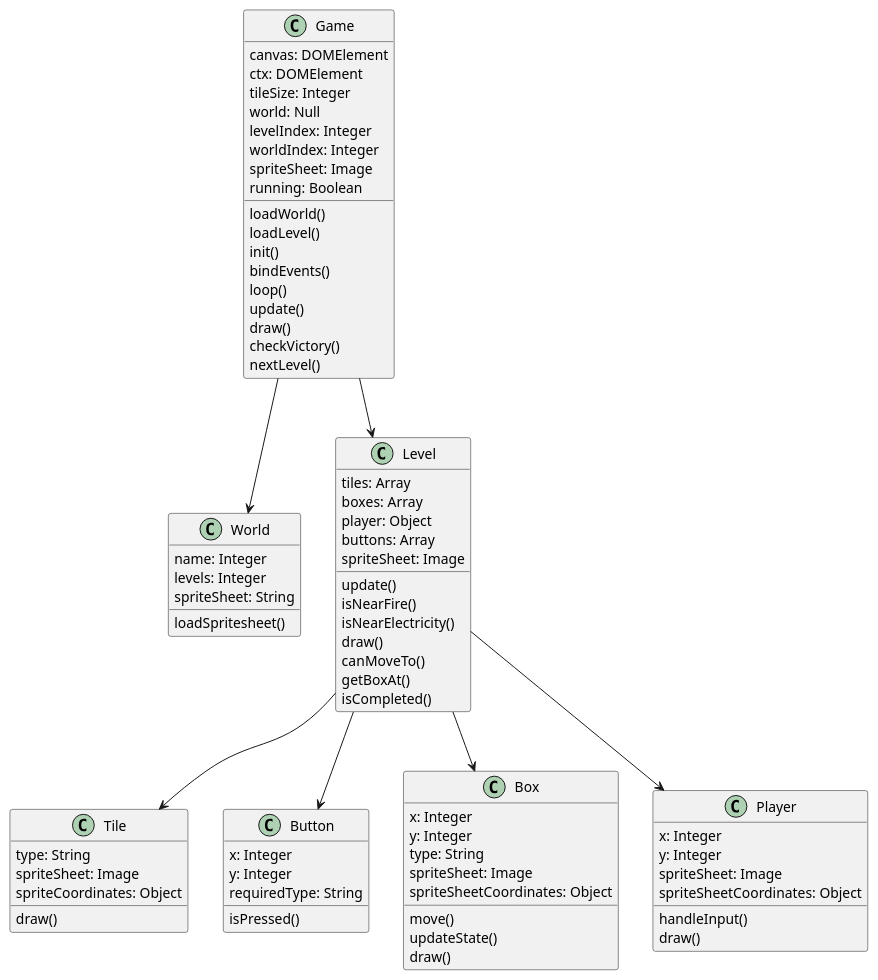
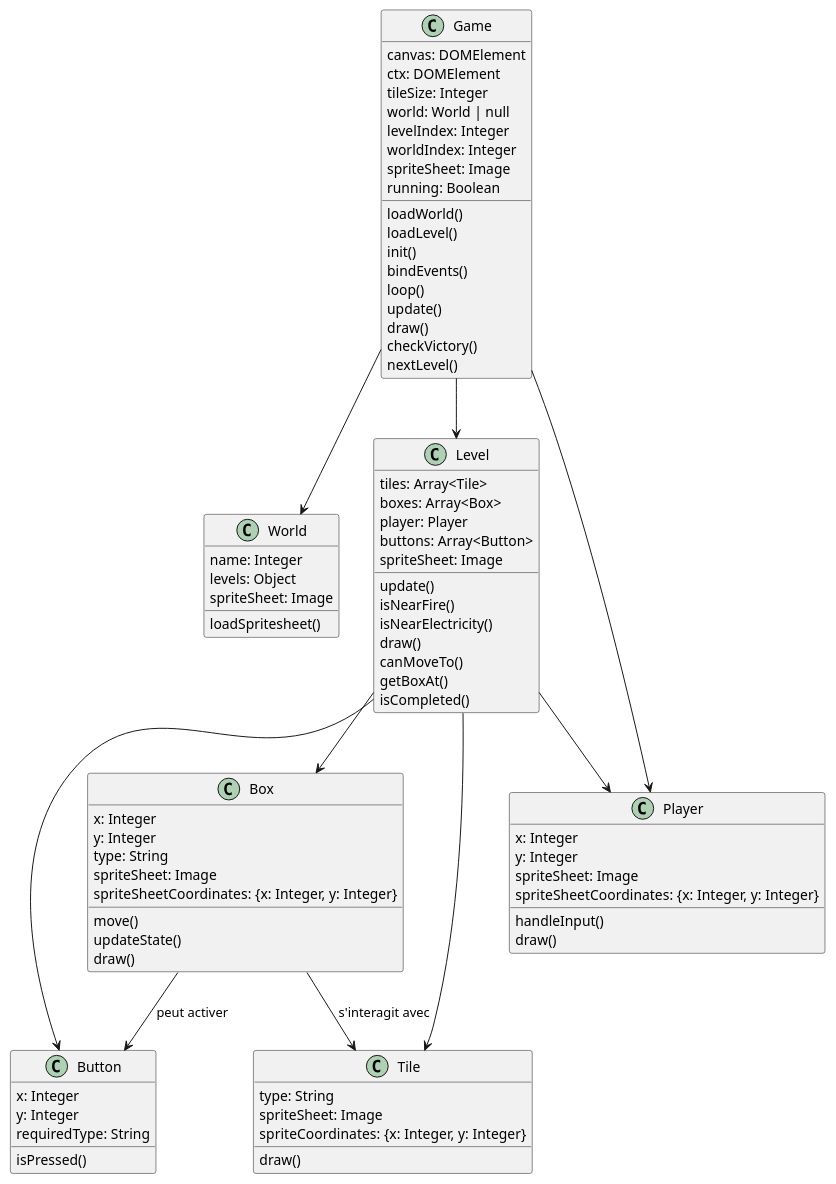
Before and after one commit to KevinMartinAlbert/sokoban: the diagram in classes.puml, drawn with PlantUML. The commit also changed 3 other files, not shown here.

Commit message:
added: class diagram to the README

```diff
--- a/classes.puml
+++ b/classes.puml
@@ -1,83 +1,90 @@
 @startuml sokoban
 
 class Game {
     canvas: DOMElement
     ctx: DOMElement
     tileSize: Integer
-    world: Null
+    world: World | null
     levelIndex: Integer
     worldIndex: Integer
     spriteSheet: Image
     running: Boolean
     loadWorld()
     loadLevel()
     init()
     bindEvents()
     loop()
     update()
     draw()
     checkVictory()
     nextLevel()
 }
+
 class World {
     name: Integer
-    levels: Integer
-    spriteSheet: String
+    levels: Object
+    spriteSheet: Image
     loadSpritesheet()
 }
+
 class Level {
-    tiles: Array
-    boxes: Array
-    player: Object
-    buttons: Array
+    tiles: Array<Tile>
+    boxes: Array<Box>
+    player: Player
+    buttons: Array<Button>
     spriteSheet: Image
     update()
     isNearFire()
     isNearElectricity()
     draw()
     canMoveTo()
     getBoxAt()
     isCompleted()
 }
 
 class Tile {
     type: String
     spriteSheet: Image
-    spriteCoordinates: Object
+    spriteCoordinates: {x: Integer, y: Integer}
     draw()
 }
+
 class Button {
     x: Integer
     y: Integer
     requiredType: String
     isPressed()
 }
+
 class Box {
     x: Integer
     y: Integer
     type: String
     spriteSheet: Image
-    spriteSheetCoordinates: Object
+    spriteSheetCoordinates: {x: Integer, y: Integer}
     move()
     updateState()
     draw()
 }
 
 class Player {
     x: Integer
     y: Integer
     spriteSheet: Image
-    spriteSheetCoordinates: Object
+    spriteSheetCoordinates: {x: Integer, y: Integer}
     handleInput()
     draw()
 }
 
 Game --> World
 Game --> Level
+Game --> Player
 
 Level --> Box
 Level --> Tile
 Level --> Player
 Level --> Button
+Box --> Tile : "s'interagit avec"
+Box --> Button : "peut activer"
 
 @enduml
```
